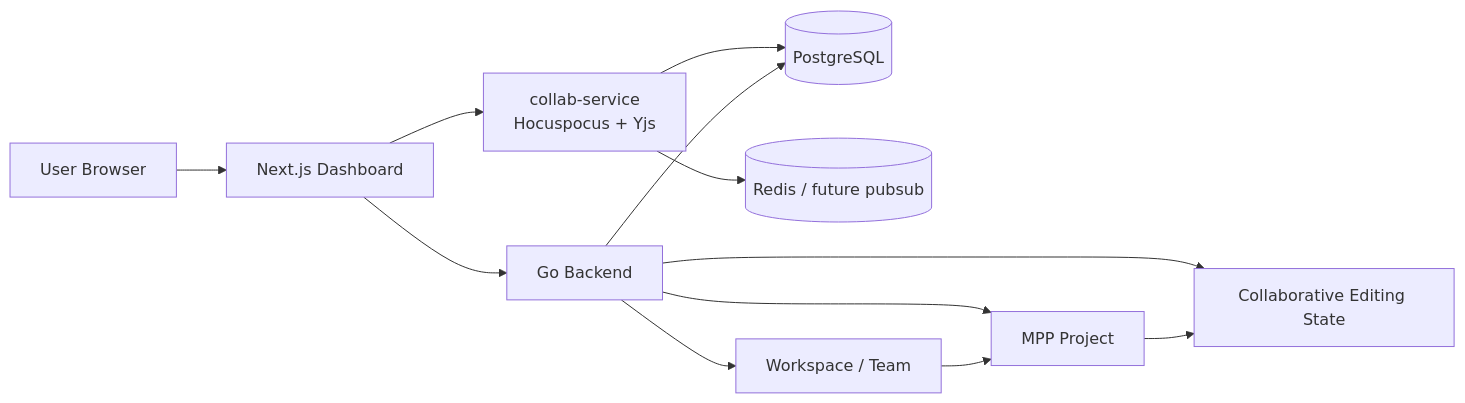
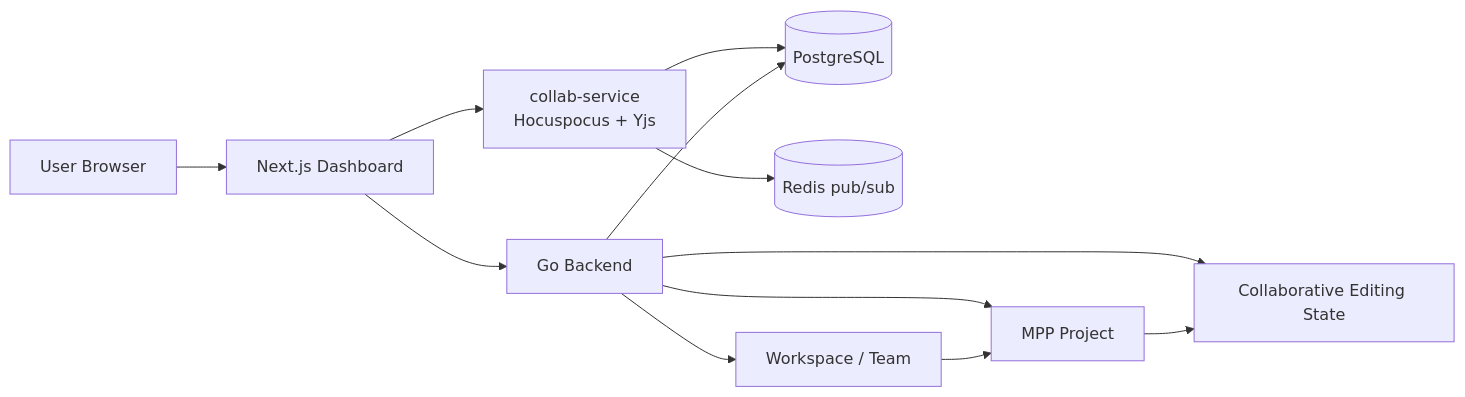
The first of 2 diagrams in doc/plan/team-collaboration-system-architecture-plan.md (KurodaKayn/MPP), drawn with Mermaid before and after one commit. The commit also changed other lines of this file, not shown here.

````diff
--- a/doc/plan/team-collaboration-system-architecture-plan.md
+++ b/doc/plan/team-collaboration-system-architecture-plan.md
@@ -108,16 +108,16 @@
 ```mermaid
 flowchart LR
   User["User Browser"] --> FE["Next.js Dashboard"]
   FE --> BE["Go Backend"]
   FE --> CS["collab-service<br/>Hocuspocus + Yjs"]
 
   BE --> PG[("PostgreSQL")]
   CS --> PG
-  CS --> Redis[("Redis / future pubsub")]
+  CS --> Redis[("Redis pub/sub")]
 
   Workspace["Workspace / Team"] --> Project["MPP Project"]
   Project --> CollabDoc["Collaborative Editing State"]
   BE --> Workspace
   BE --> Project
   BE --> CollabDoc
 ```
````
